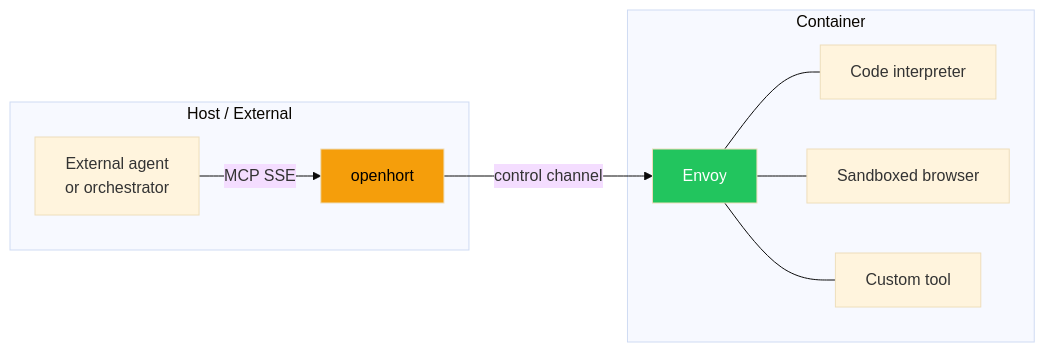
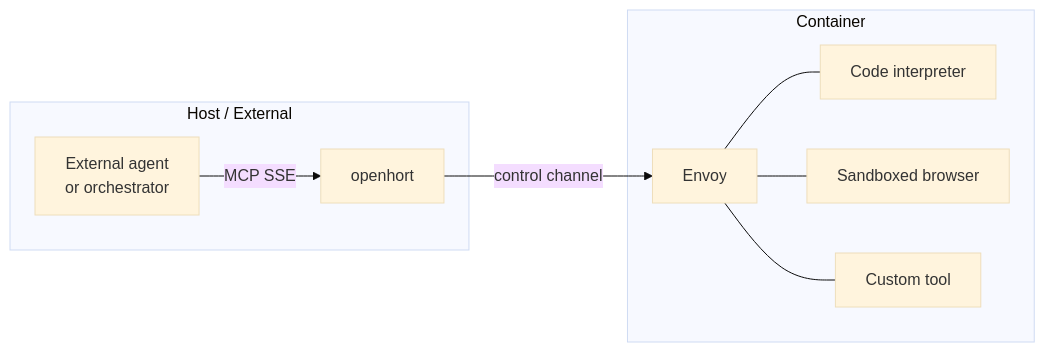
One commit to openhort/openhort changed the fourth of 5 diagrams in docs/manual/internals/envoy-architecture.md. Above: the diagram before and after it, drawn with Mermaid (base theme). The commit also changed other lines of this file and 38 other files, not shown here.

````diff
--- a/docs/manual/internals/envoy-architecture.md
+++ b/docs/manual/internals/envoy-architecture.md
@@ -210,24 +205,22 @@
 ```mermaid
 graph LR
     subgraph Host["Host / External"]
         ExtAgent["External agent<br/>or orchestrator"]
         Hort["openhort"]
     end
 
     subgraph Container["Container"]
         Envoy["Envoy"]
         Tool1["Code interpreter"]
         Tool2["Sandboxed browser"]
         Tool3["Custom tool"]
 
         Envoy --- Tool1
         Envoy --- Tool2
         Envoy --- Tool3
     end
 
     ExtAgent -->|MCP SSE| Hort
     Hort -->|"control channel"| Envoy
 
-    style Envoy fill:#22c55e,color:#fff
-    style Hort fill:#f59e0b,color:#000
 ```
````
